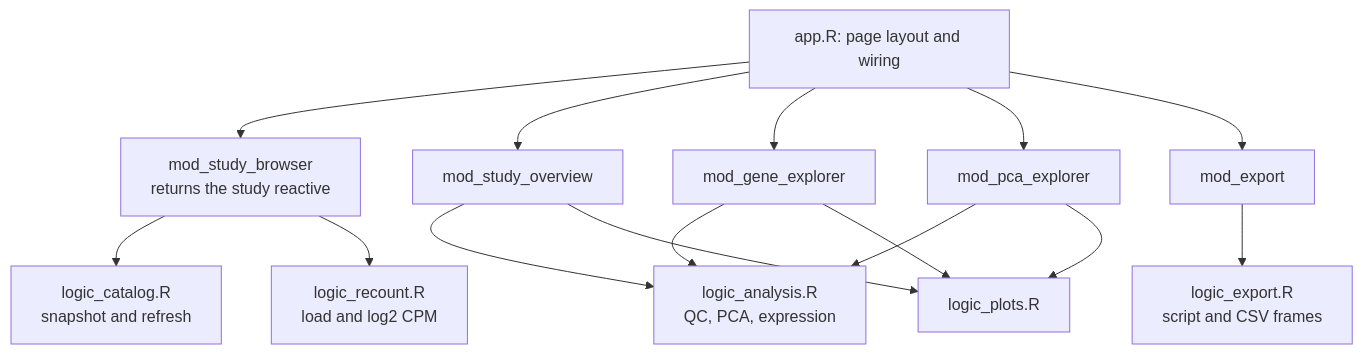
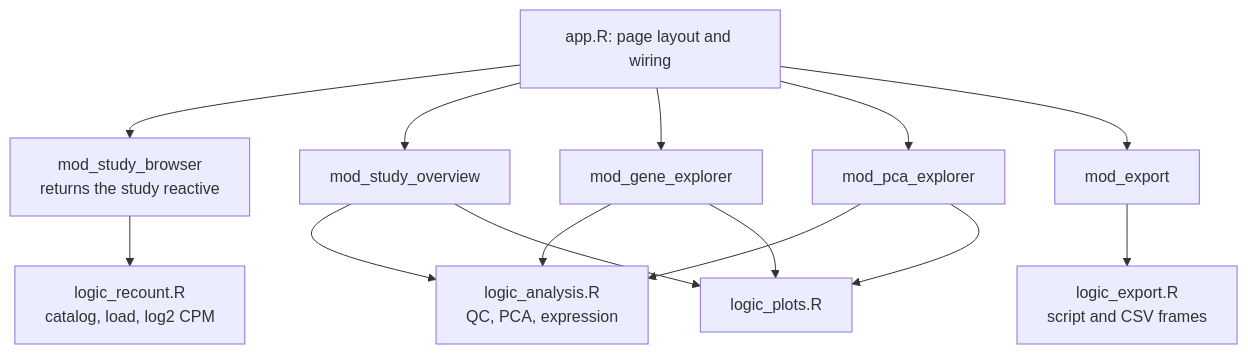
One commit to samuelbharti/recount-explorer changed the fourth of 4 diagrams in docs/design.md. Above: the diagram before and after it, drawn with Mermaid. The commit also changed other lines of this file and 2 other files, not shown here.

First line of the commit message:
fix: correct the lint workflow and the catalog docs

````diff
--- a/docs/design.md
+++ b/docs/design.md
@@ -130,18 +133,17 @@
 ```mermaid
 flowchart TD
     app["app.R: page layout and wiring"]
     app --> browser["mod_study_browser<br/>returns the study reactive"]
     app --> overview["mod_study_overview"]
     app --> gene["mod_gene_explorer"]
     app --> pca["mod_pca_explorer"]
     app --> export["mod_export"]
-    browser --> logic0["logic_catalog.R<br/>snapshot and refresh"]
-    browser --> logic1["logic_recount.R<br/>load and log2 CPM"]
+    browser --> logic1["logic_recount.R<br/>catalog, load, log2 CPM"]
     overview --> logic2["logic_analysis.R<br/>QC, PCA, expression"]
     gene --> logic2
     pca --> logic2
     export --> logic3["logic_export.R<br/>script and CSV frames"]
     gene --> logic4["logic_plots.R"]
     pca --> logic4
     overview --> logic4
 ```
````
